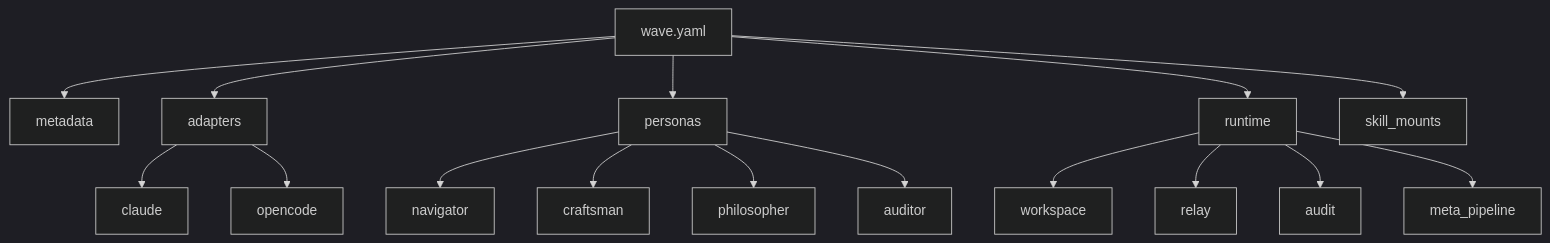
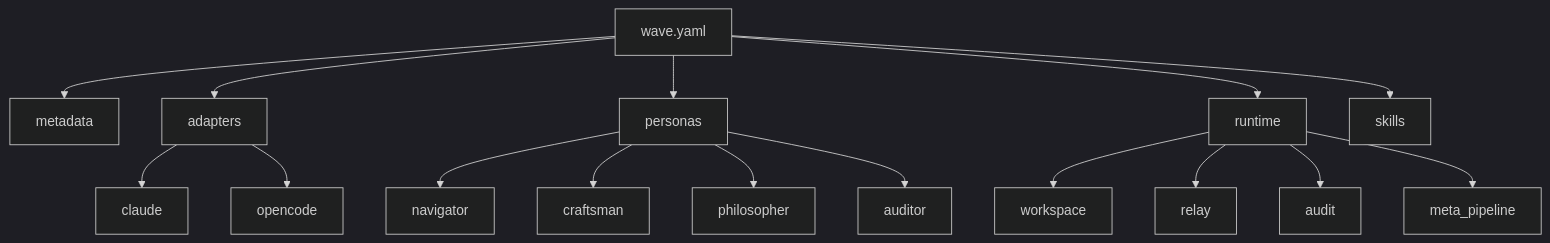
One commit to re-cinq/wave changed the diagram in docs/concepts/manifests.md. Above: the diagram before and after it, drawn with Mermaid (dark theme). The commit also changed other lines of this file and 3 other files, not shown here.

First line of the commit message:
docs: replace skill_mounts with skills across all documentation

````diff
--- a/docs/concepts/manifests.md
+++ b/docs/concepts/manifests.md
@@ -16,18 +16,18 @@
 ```mermaid
 graph TD
     M[wave.yaml] --> MD[metadata]
     M --> A[adapters]
     M --> P[personas]
     M --> R[runtime]
-    M --> S[skill_mounts]
+    M --> S[skills]
     A --> A1[claude]
     A --> A2[opencode]
     P --> P1[navigator]
     P --> P2[craftsman]
     P --> P3[philosopher]
     P --> P4[auditor]
     R --> R1[workspace]
     R --> R2[relay]
     R --> R3[audit]
     R --> R4[meta_pipeline]
 ```
````
